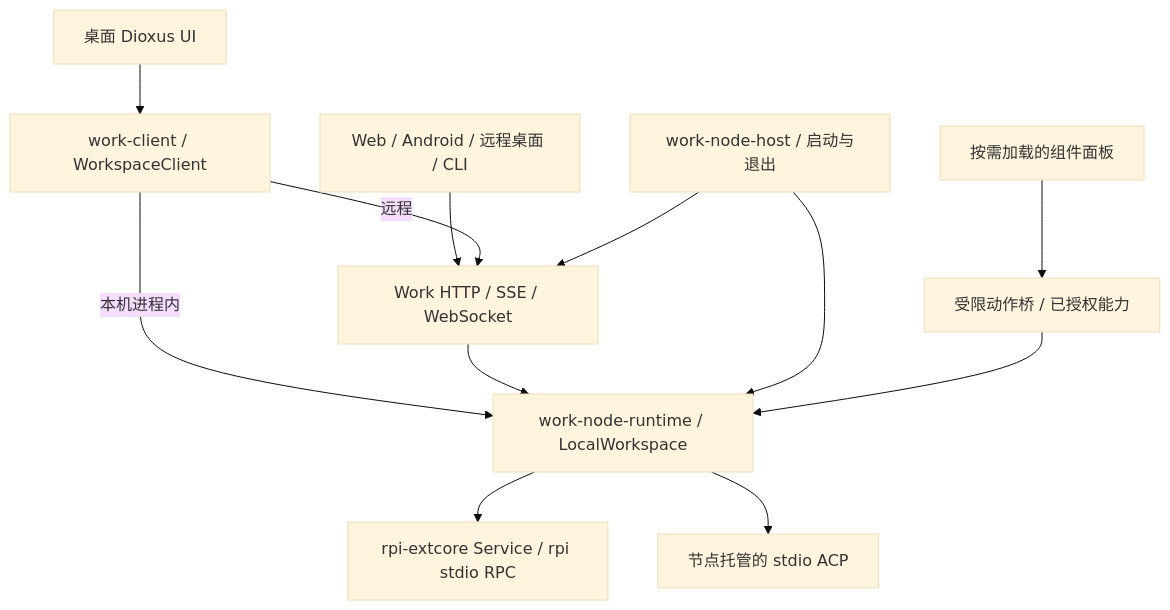
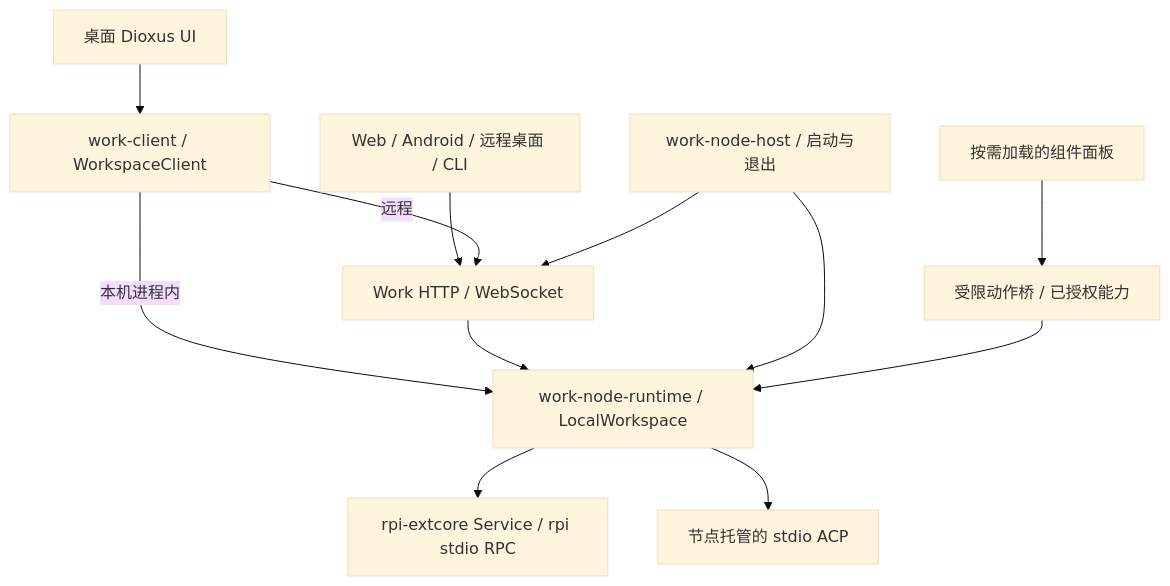
The diagram in docs/architecture/overview.md (pi-rust/rpi-work), drawn with Mermaid (base theme) before and after one commit. The commit also changed other lines of this file and 103 other files, not shown here.

````diff
--- a/docs/architecture/overview.md
+++ b/docs/architecture/overview.md
@@ -11,14 +11,14 @@
 ```mermaid
 flowchart TB
   Desktop[桌面 Dioxus UI] --> Client[work-client / WorkspaceClient]
-  Remote[Web / Android / 远程桌面 / CLI] --> Network[Work HTTP / SSE / WebSocket]
+  Remote[Web / Android / 远程桌面 / CLI] --> Network[Work HTTP / WebSocket]
   Client -->|本机进程内| Owner[work-node-runtime / LocalWorkspace]
   Client -->|远程| Network
   Network --> Owner
   Host[work-node-host / 启动与退出] --> Owner
   Host --> Network
   Owner --> Rpi[rpi-extcore Service / rpi stdio RPC]
   Owner --> Acp[节点托管的 stdio ACP]
   Panel[按需加载的组件面板] --> Bridge[受限动作桥 / 已授权能力]
   Bridge --> Owner
 ```
````
